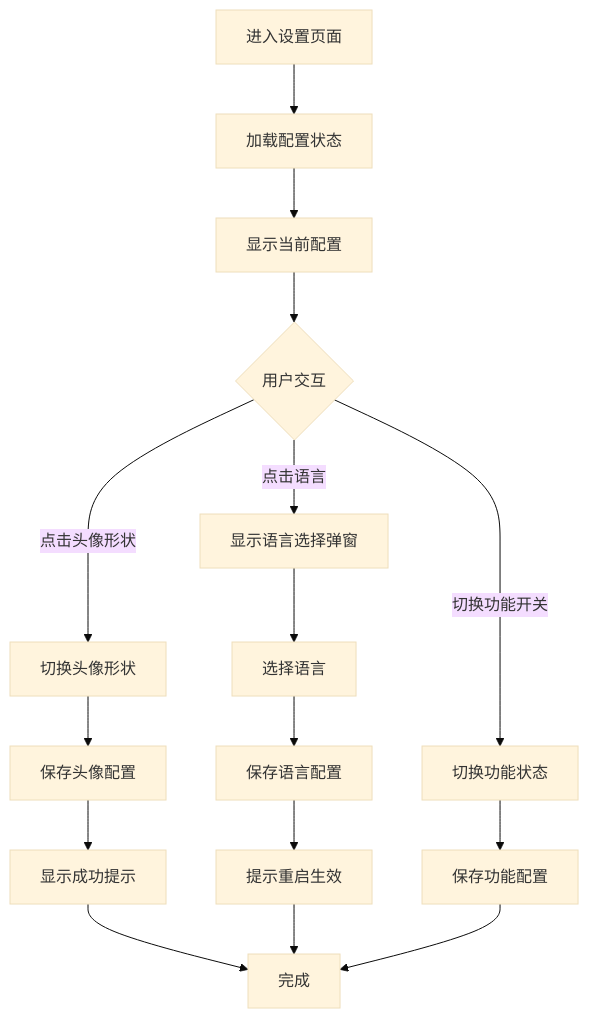
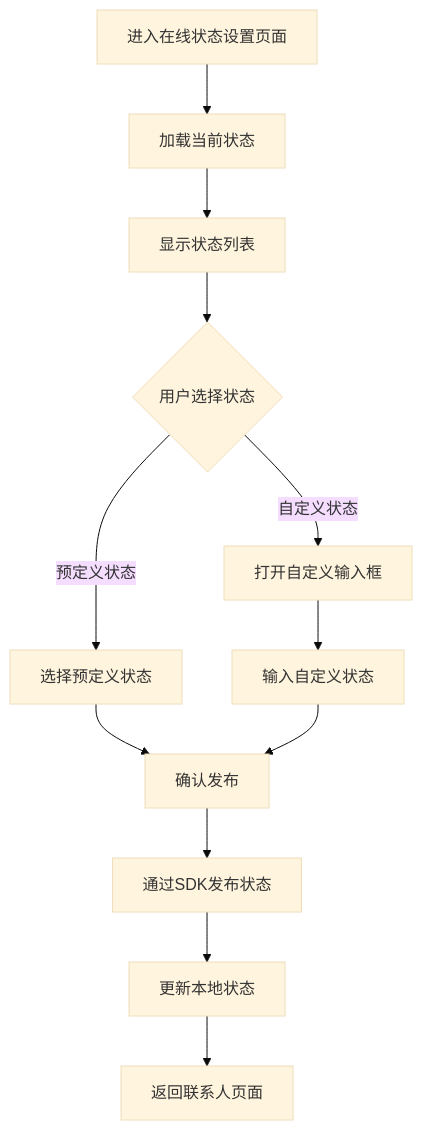
Before and after one commit to Easemob-Community/easemob-uikit-uniapp-community: the fifth of 13 diagrams in .qoder/repowiki/zh/content/示例应用/示例应用.md, drawn with Mermaid (base theme). The commit also changed other lines of this file and 5 other files, not shown here.

````diff
--- a/.qoder/repowiki/zh/content/示例应用/示例应用.md
+++ b/.qoder/repowiki/zh/content/示例应用/示例应用.md
@@ -422,18 +399,14 @@
 ```mermaid
 flowchart TD
-START["进入设置页面"] --> LOAD["加载配置状态"]
-LOAD --> DISPLAY["显示当前配置"]
-DISPLAY --> INTERACT{"用户交互"}
-INTERACT --> |点击语言| SHOWLANG["显示语言选择弹窗"]
-SHOWLANG --> SELECTLANG["选择语言"]
-SELECTLANG --> SAVE["保存语言配置"]
-SAVE --> RESTART["提示重启生效"]
-INTERACT --> |点击头像形状| CHANGEAVATAR["切换头像形状"]
-CHANGEAVATAR --> SAVEAVATAR["保存头像配置"]
-SAVEAVATAR --> SUCCESS["显示成功提示"]
-INTERACT --> |切换功能开关| TOGGLE["切换功能状态"]
-TOGGLE --> SAVEFEATURE["保存功能配置"]
-SUCCESS --> END["完成"]
-RESTART --> END
-SAVEFEATURE --> END
+START["进入在线状态设置页面"] --> LOAD["加载当前状态"]
+LOAD --> DISPLAY["显示状态列表"]
+DISPLAY --> SELECT{"用户选择状态"}
+SELECT --> |预定义状态| PREDEFINED["选择预定义状态"]
+SELECT --> |自定义状态| CUSTOM["打开自定义输入框"]
+PREDEFINED --> CONFIRM["确认发布"]
+CUSTOM --> INPUT["输入自定义状态"]
+INPUT --> CONFIRM
+CONFIRM --> PUBLISH["通过SDK发布状态"]
+PUBLISH --> SUCCESS["更新本地状态"]
+SUCCESS --> BACK["返回联系人页面"]
 ```
````
